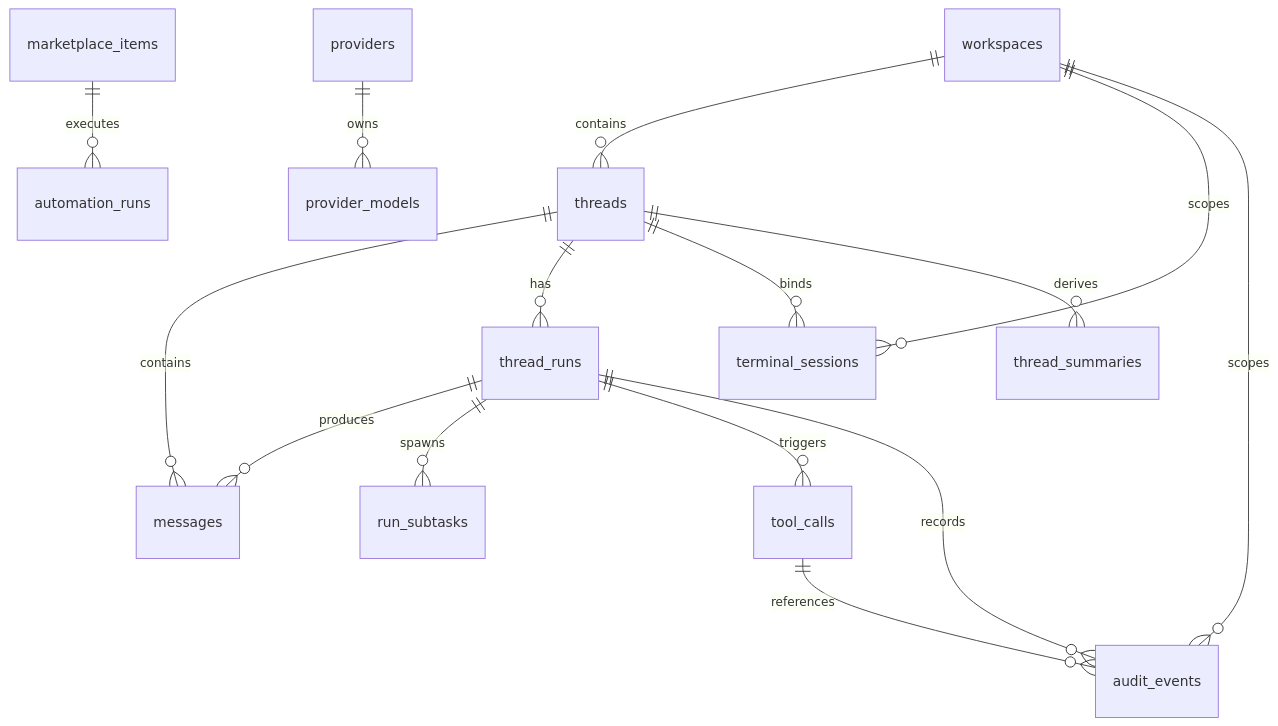
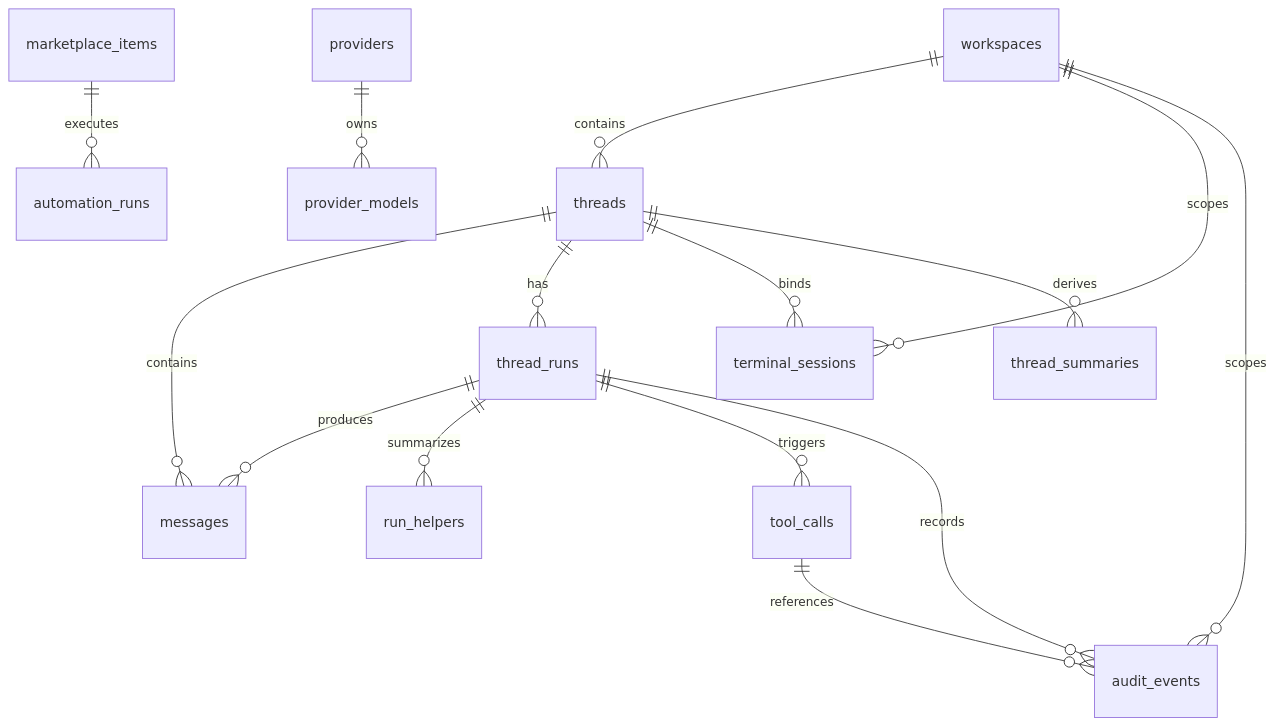
Before and after one commit to TiyAgents/tiycode: the diagram in docs/database-design-20260316.md, drawn with Mermaid. The commit also changed other lines of this file and 6 other files, not shown here.

````diff
--- a/docs/database-design-20260316.md
+++ b/docs/database-design-20260316.md
@@ -534,17 +553,17 @@
 ```mermaid
 erDiagram
     workspaces ||--o{ threads : "contains"
     workspaces ||--o{ terminal_sessions : "scopes"
     threads ||--o{ messages : "contains"
     threads ||--o{ thread_runs : "has"
     threads ||--o{ terminal_sessions : "binds"
     threads ||--o{ thread_summaries : "derives"
     thread_runs ||--o{ messages : "produces"
-    thread_runs ||--o{ run_subtasks : "spawns"
+    thread_runs ||--o{ run_helpers : "summarizes"
     thread_runs ||--o{ tool_calls : "triggers"
     thread_runs ||--o{ audit_events : "records"
     tool_calls ||--o{ audit_events : "references"
     workspaces ||--o{ audit_events : "scopes"
     marketplace_items ||--o{ automation_runs : "executes"
     providers ||--o{ provider_models : "owns"
 ```
````
